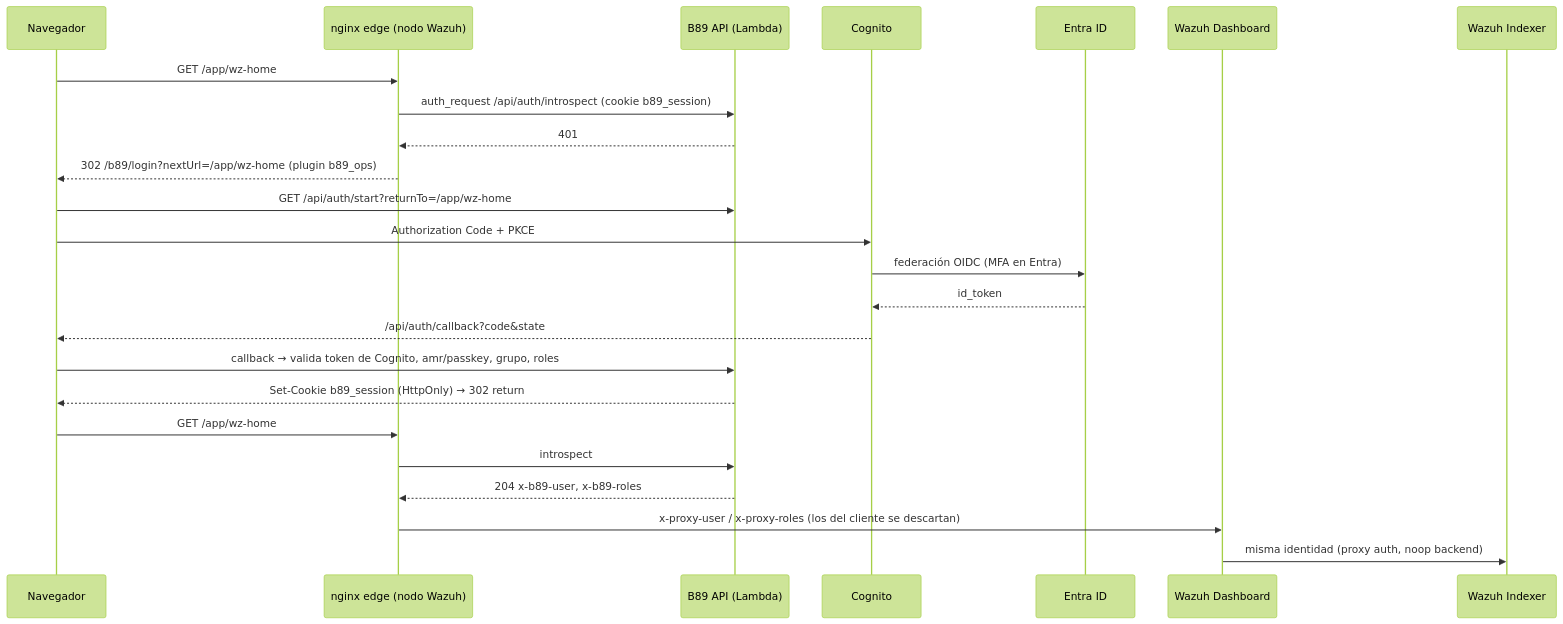
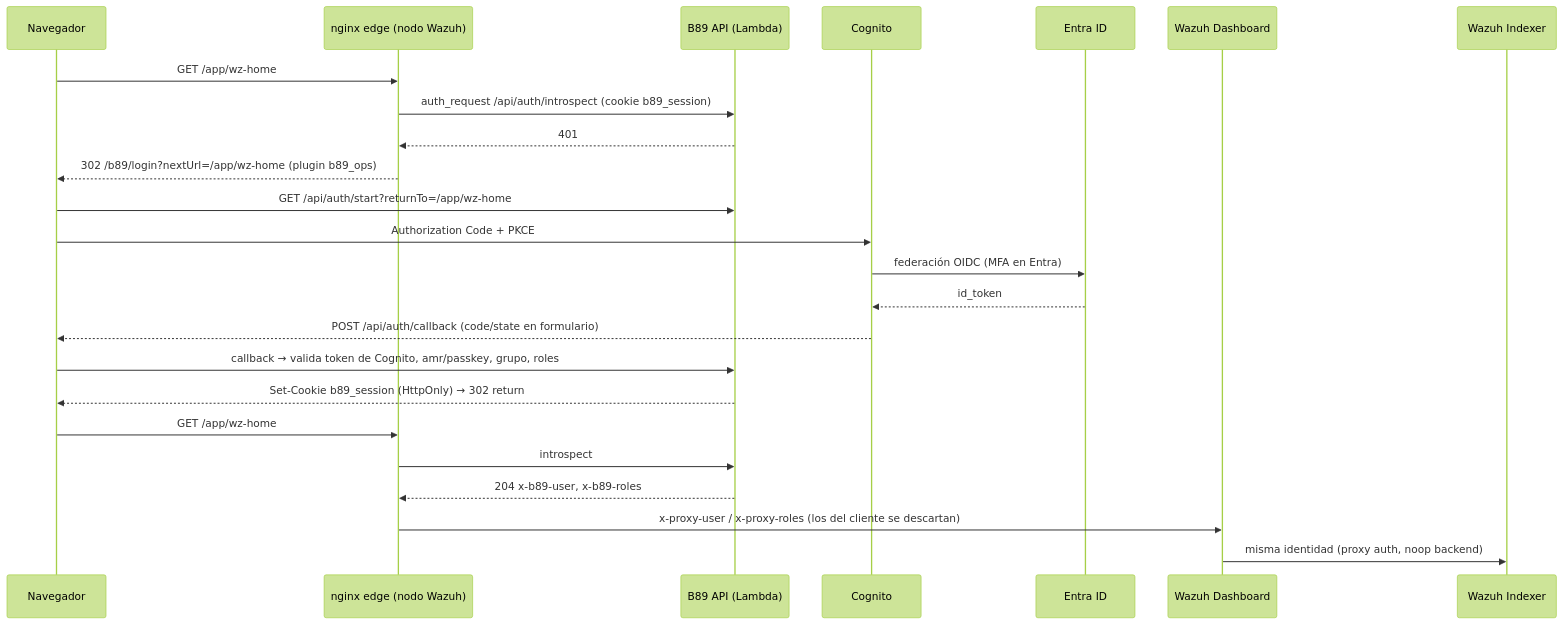
The diagram in docs/04-identidad-y-acceso.md (CyberStill-GmbH/b89-secops), drawn with Mermaid (forest theme) before and after one commit. The commit also changed other lines of this file and 21 other files, not shown here.

Commit message:
fix(auth,ingestion): secure OIDC callback and resume pages

````diff
--- a/docs/04-identidad-y-acceso.md
+++ b/docs/04-identidad-y-acceso.md
@@ -91,26 +98,26 @@
 ```mermaid
 sequenceDiagram
   participant B as Navegador
   participant N as nginx edge (nodo Wazuh)
   participant Q as B89 API (Lambda)
   participant C as Cognito
   participant E as Entra ID
   participant D as Wazuh Dashboard
   participant I as Wazuh Indexer
   B->>N: GET /app/wz-home
   N->>Q: auth_request /api/auth/introspect (cookie b89_session)
   Q-->>N: 401
   N-->>B: 302 /b89/login?nextUrl=/app/wz-home (plugin b89_ops)
   B->>Q: GET /api/auth/start?returnTo=/app/wz-home
   B->>C: Authorization Code + PKCE
   C->>E: federación OIDC (MFA en Entra)
   E-->>C: id_token
-  C-->>B: /api/auth/callback?code&state
+  C-->>B: POST /api/auth/callback (code/state en formulario)
   B->>Q: callback → valida token de Cognito, amr/passkey, grupo, roles
   Q-->>B: Set-Cookie b89_session (HttpOnly) → 302 return
   B->>N: GET /app/wz-home
   N->>Q: introspect
   Q-->>N: 204 x-b89-user, x-b89-roles
   N->>D: x-proxy-user / x-proxy-roles (los del cliente se descartan)
   D->>I: misma identidad (proxy auth, noop backend)
 ```
````
